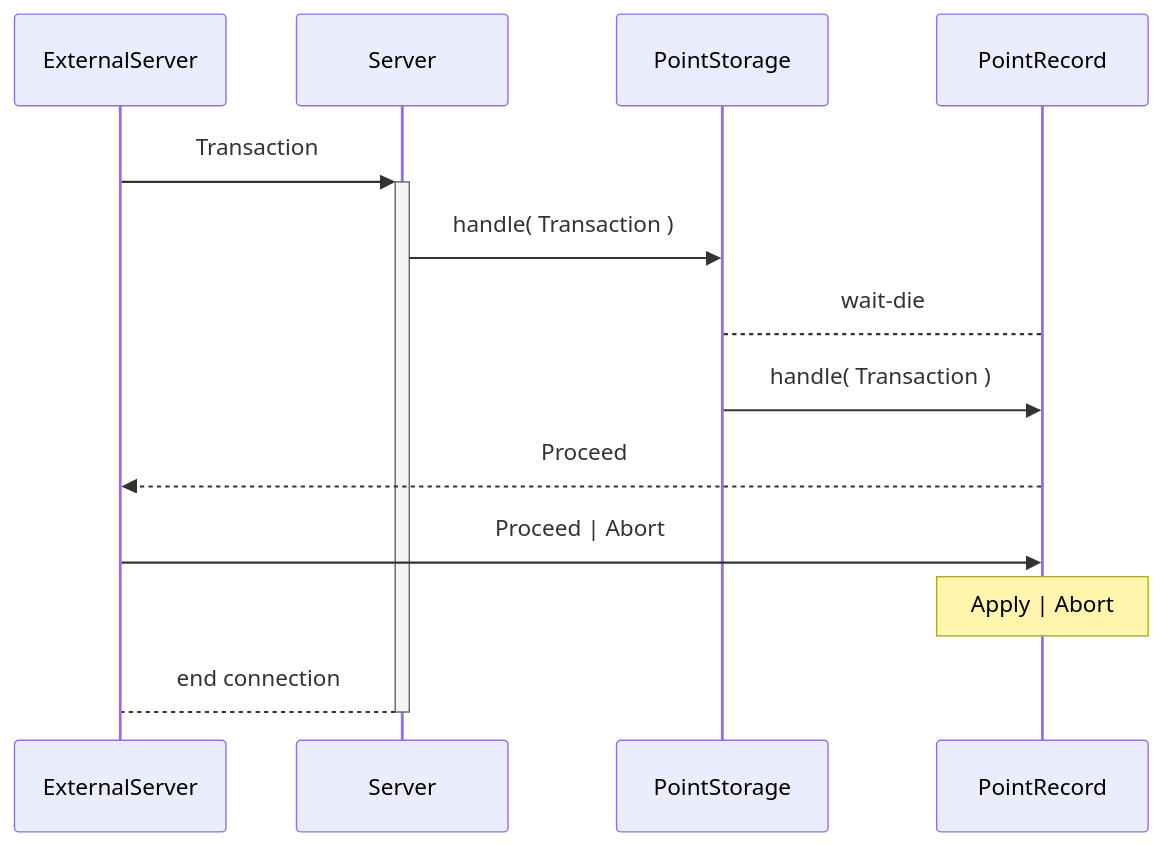
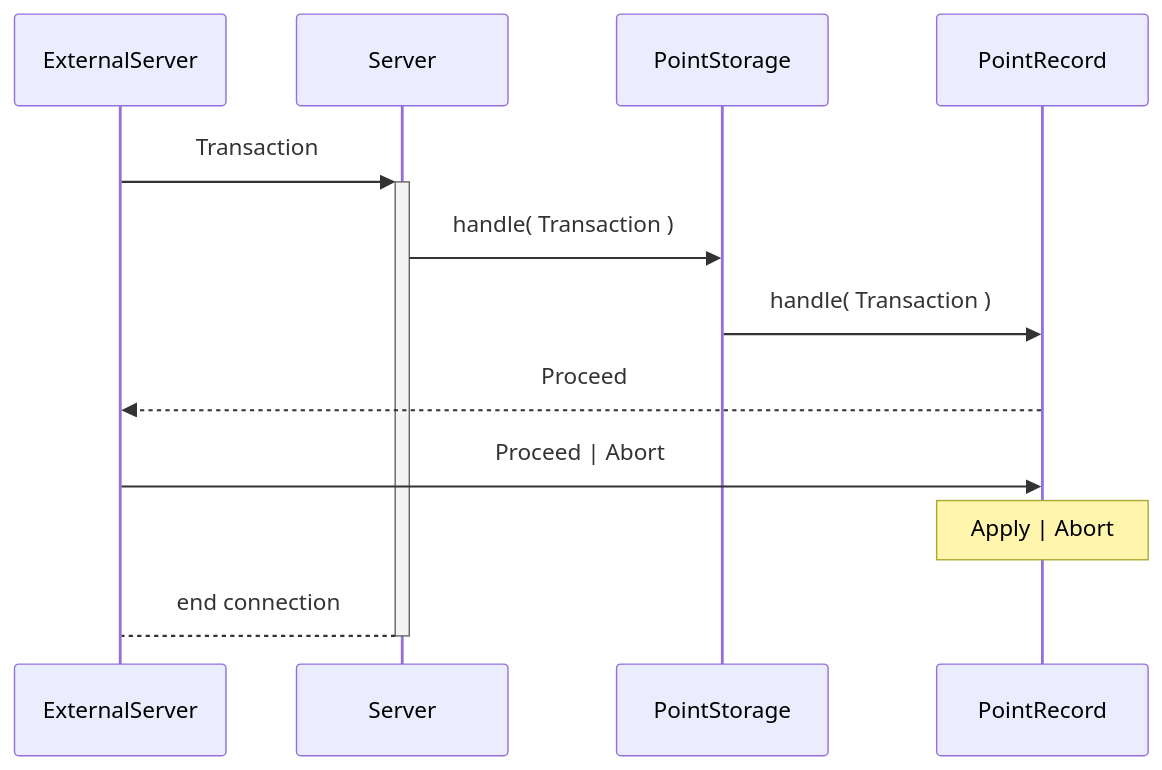
Before and after one commit to FacuMastri/concurrentes-tp2: diagram 11 of 11 in README.md, drawn with Mermaid. The commit also changed other lines of this file, not shown here.

````diff
--- a/README.md
+++ b/README.md
@@ -387,20 +387,19 @@
 ```mermaid
 sequenceDiagram
     participant e as ExternalServer
     participant s as Server
     participant ps as PointStorage
     participant pr as PointRecord
 
     e->>+s: Transaction
 
     s ->> ps: handle( Transaction )
-    ps --> pr: wait-die
     ps ->> pr: handle( Transaction )
 
     pr -->> e : Proceed
     e ->> pr: Proceed | Abort
 
     note over pr : Apply | Abort
 
     s -->-e: end connection
 ```
````
